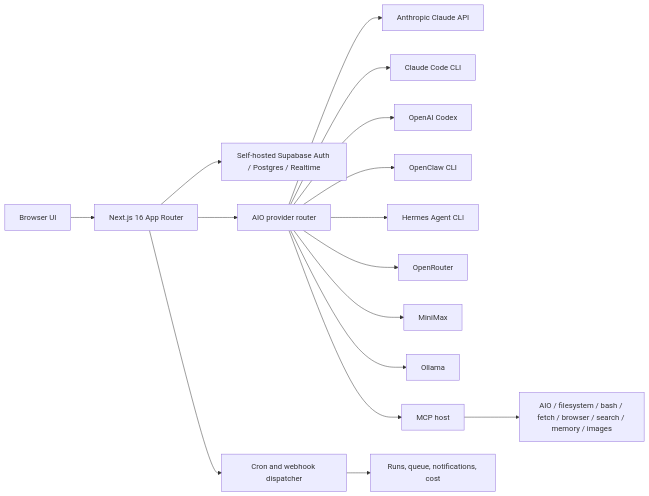
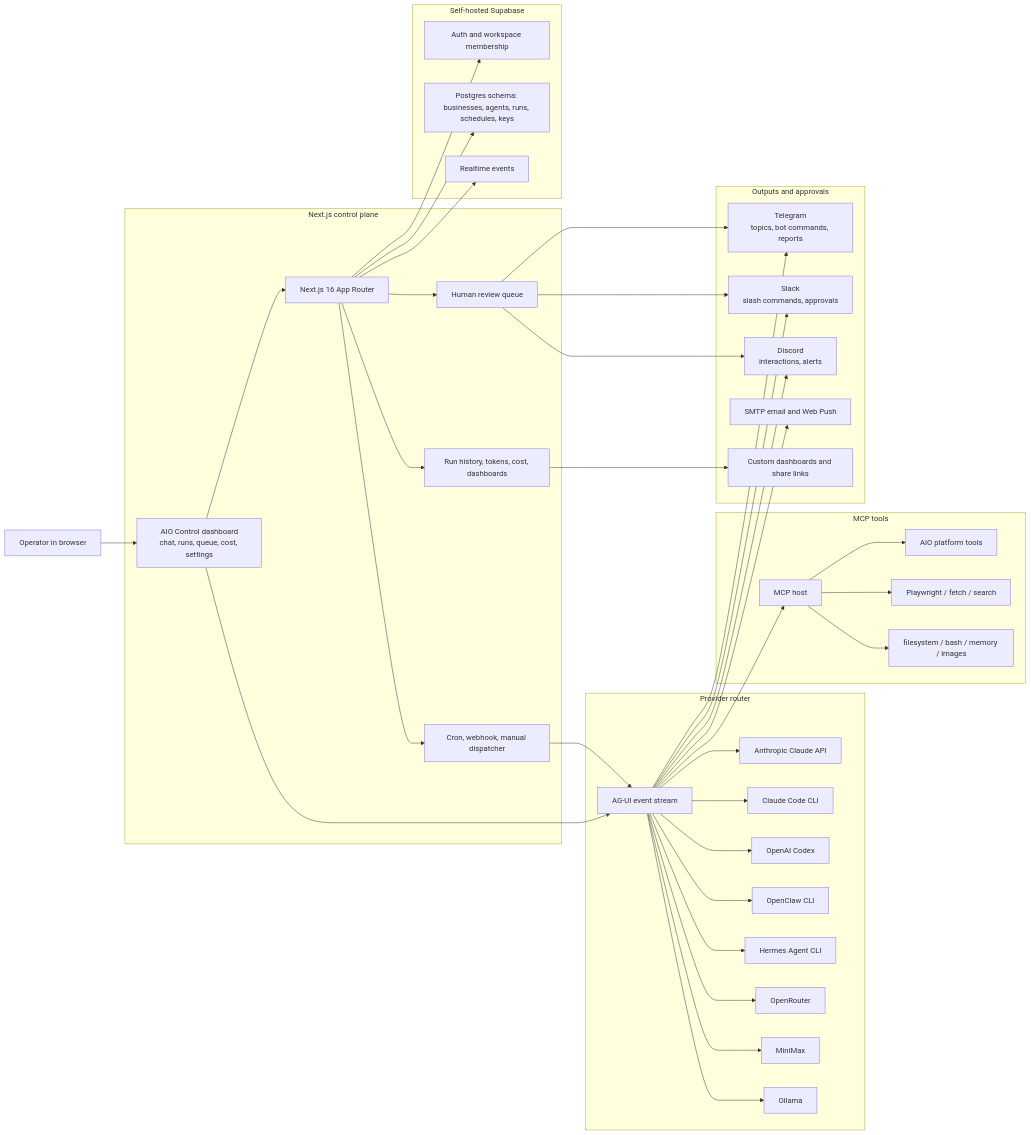
The diagram in README.md (lolJeremyFTW/AIO-Control), drawn with Mermaid before and after one commit. The commit also changed other lines of this file and 6 other files, not shown here.

````diff
--- a/README.md
+++ b/README.md
@@ -109,18 +112,73 @@
 ```mermaid
 flowchart LR
-  Browser["Browser UI"] --> Next["Next.js 16 App Router"]
-  Next --> Supabase["Self-hosted Supabase Auth / Postgres / Realtime"]
-  Next --> Router["AIO provider router"]
-  Router --> Claude["Anthropic Claude API"]
-  Router --> ClaudeCLI["Claude Code CLI"]
-  Router --> Codex["OpenAI Codex"]
-  Router --> OpenClaw["OpenClaw CLI"]
-  Router --> Hermes["Hermes Agent CLI"]
-  Router --> OpenRouter["OpenRouter"]
-  Router --> MiniMax["MiniMax"]
-  Router --> Ollama["Ollama"]
-  Router --> MCP["MCP host"]
-  MCP --> Tools["AIO / filesystem / bash / fetch / browser / search / memory / images"]
-  Next --> Scheduler["Cron and webhook dispatcher"]
-  Scheduler --> Runs["Runs, queue, notifications, cost"]
+  Operator["Operator in browser"] --> UI["AIO Control dashboard<br/>chat, runs, queue, cost, settings"]
+
+  subgraph App["Next.js control plane"]
+    UI --> Next["Next.js 16 App Router"]
+    Next --> Scheduler["Cron, webhook, manual dispatcher"]
+    Next --> Review["Human review queue"]
+    Next --> Costs["Run history, tokens, cost, dashboards"]
+  end
+
+  subgraph Data["Self-hosted Supabase"]
+    Auth["Auth and workspace membership"]
+    DB["Postgres schema: businesses, agents, runs, schedules, keys"]
+    Realtime["Realtime events"]
+  end
+
+  Next --> Auth
+  Next --> DB
+  Next --> Realtime
+
+  subgraph Runtime["Provider router"]
+    Router["AG-UI event stream"]
+    Claude["Anthropic Claude API"]
+    ClaudeCLI["Claude Code CLI"]
+    Codex["OpenAI Codex"]
+    OpenClaw["OpenClaw CLI"]
+    Hermes["Hermes Agent CLI"]
+    OpenRouter["OpenRouter"]
+    MiniMax["MiniMax"]
+    Ollama["Ollama"]
+  end
+
+  Scheduler --> Router
+  UI --> Router
+  Router --> Claude
+  Router --> ClaudeCLI
+  Router --> Codex
+  Router --> OpenClaw
+  Router --> Hermes
+  Router --> OpenRouter
+  Router --> MiniMax
+  Router --> Ollama
+
+  subgraph Tools["MCP tools"]
+    MCP["MCP host"]
+    AIO["AIO platform tools"]
+    BrowserTools["Playwright / fetch / search"]
+    LocalTools["filesystem / bash / memory / images"]
+  end
+
+  Router --> MCP
+  MCP --> AIO
+  MCP --> BrowserTools
+  MCP --> LocalTools
+
+  subgraph Outputs["Outputs and approvals"]
+    Telegram["Telegram<br/>topics, bot commands, reports"]
+    Slack["Slack<br/>slash commands, approvals"]
+    Discord["Discord<br/>interactions, alerts"]
+    Email["SMTP email and Web Push"]
+    Dashboards["Custom dashboards and share links"]
+  end
+
+  Review --> Telegram
+  Review --> Slack
+  Review --> Discord
+  Costs --> Dashboards
+  Router --> Email
+  Router --> Telegram
+  Router --> Slack
+  Router --> Discord
 ```
````
